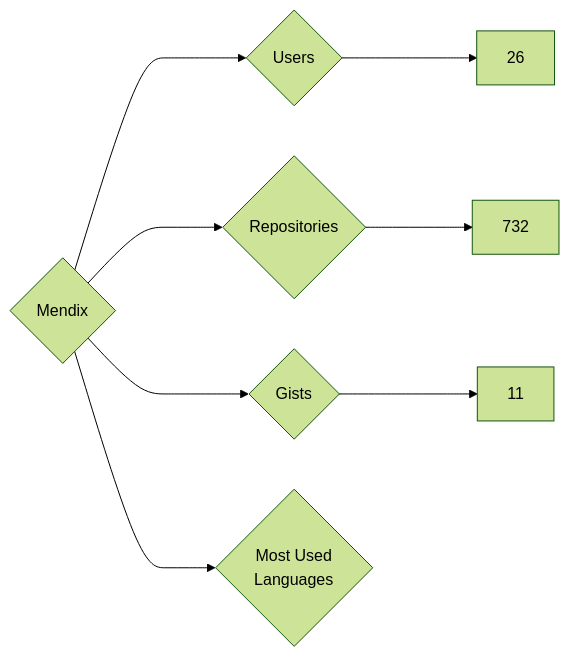
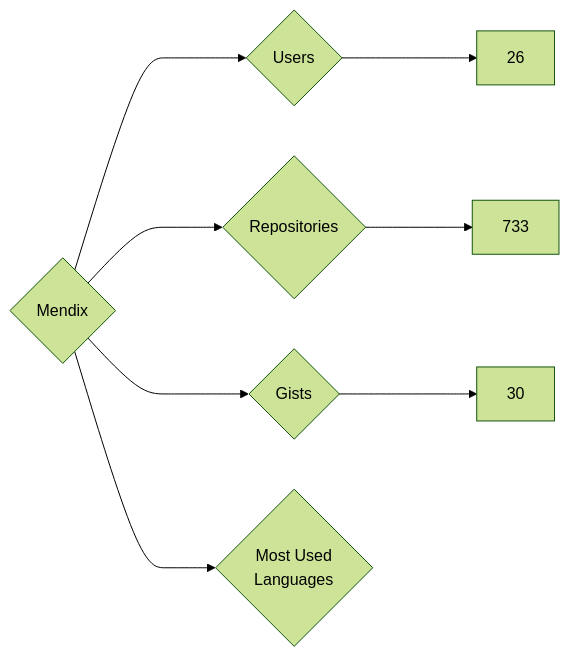
One commit to nenadzaric/insiders changed the diagram in targets/Mendix/README.md. Above: the diagram before and after it, drawn with Mermaid (forest theme). The commit also changed 1342 other files, not shown here.

````diff
--- a/targets/Mendix/README.md
+++ b/targets/Mendix/README.md
@@ -3,8 +3,8 @@
 ```mermaid
 graph LR
 COMPANY_NAME{Mendix}
 COMPANY_NAME ---> U{Users} ---> UN[26]
-COMPANY_NAME ---> R{Repositories} ---> RN[732]
-COMPANY_NAME ---> G{Gists} ---> GN[11]
+COMPANY_NAME ---> R{Repositories} ---> RN[733]
+COMPANY_NAME ---> G{Gists} ---> GN[30]
 COMPANY_NAME ---> ML{Most Used<br>Languages}
 ```
````
